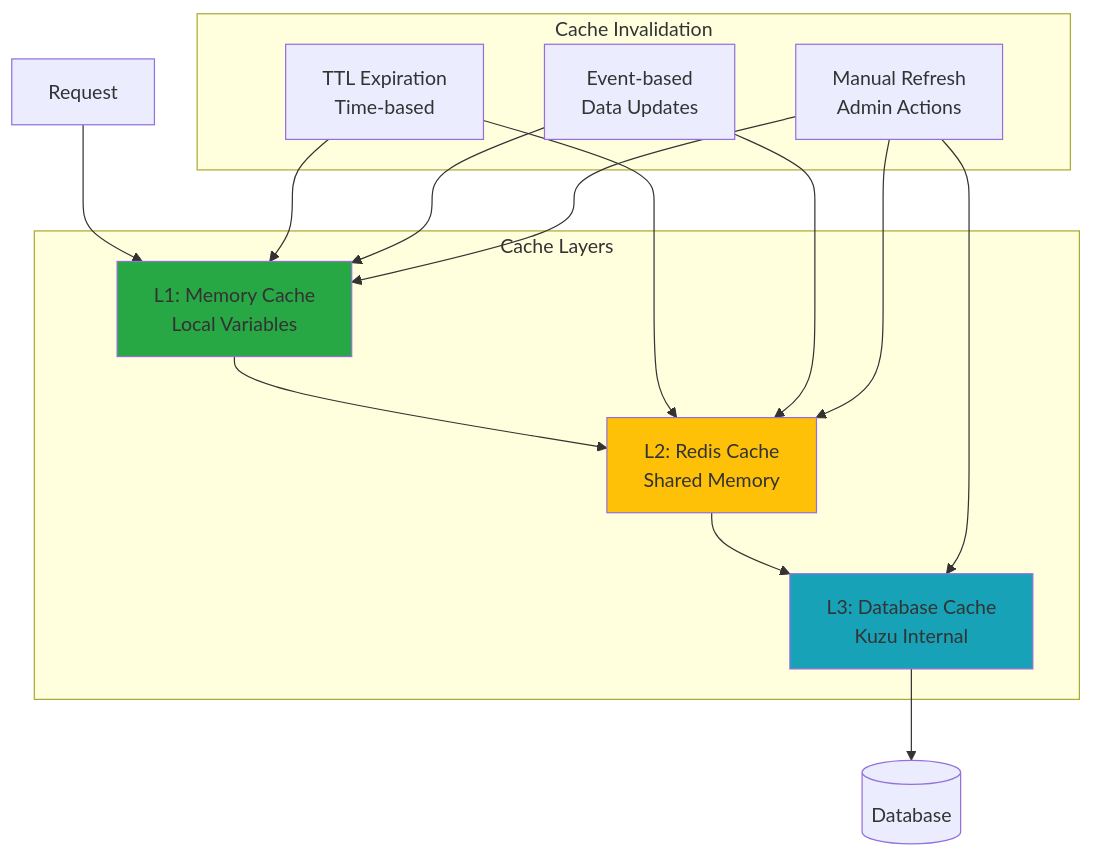
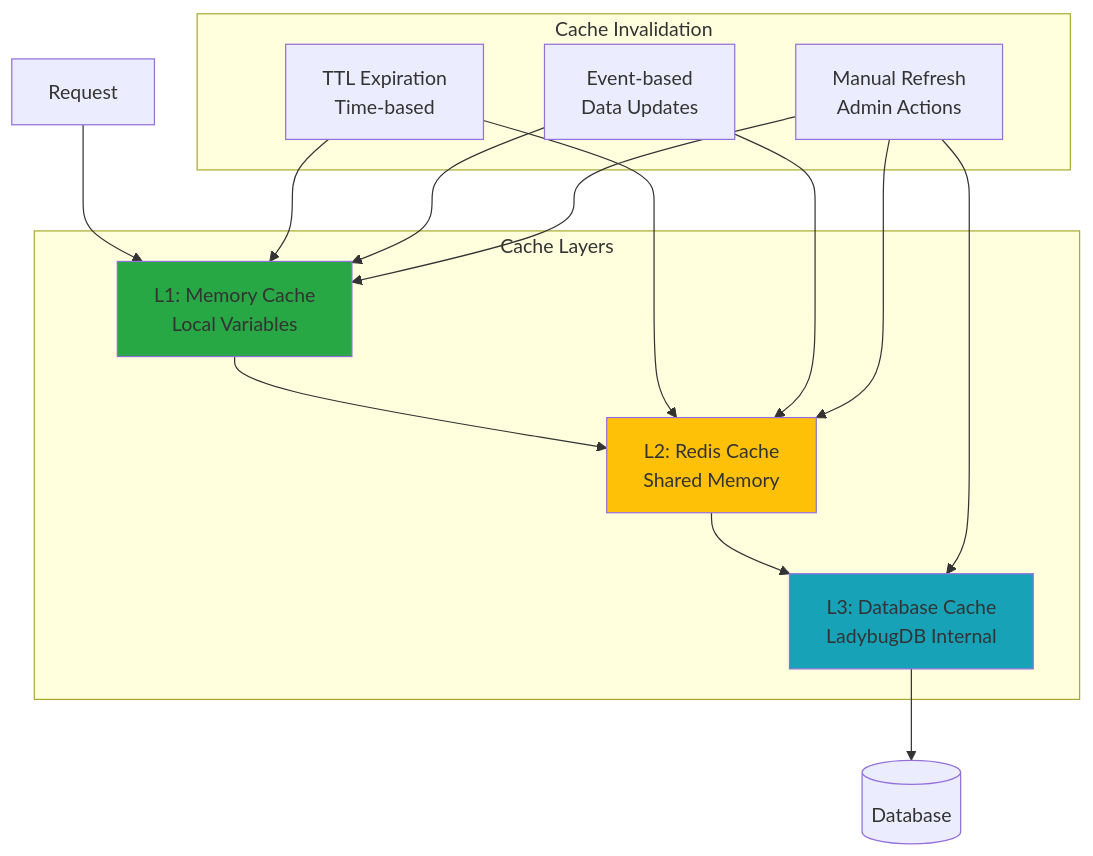
The ninth of 13 diagrams in docs/architecture/CODE_PATHS.md (elementalcollision/GraphMemory-IDE), drawn with Mermaid before and after one commit. The commit also changed other lines of this file and 120 other files, not shown here.

First line of the commit message:
Kuzu → LadybugDB migration (Phases 0–9 + follow-up) (#4)

````diff
--- a/docs/architecture/CODE_PATHS.md
+++ b/docs/architecture/CODE_PATHS.md
@@ -386,31 +386,31 @@
 ```mermaid
 graph TB
     subgraph "Cache Layers"
         L1[L1: Memory Cache<br/>Local Variables]
         L2[L2: Redis Cache<br/>Shared Memory]
-        L3[L3: Database Cache<br/>Kuzu Internal]
+        L3[L3: Database Cache<br/>LadybugDB Internal]
     end
     
     subgraph "Cache Invalidation"
         TTL[TTL Expiration<br/>Time-based]
         EVENT[Event-based<br/>Data Updates]
         MANUAL[Manual Refresh<br/>Admin Actions]
     end
     
     REQUEST[Request] --> L1
     L1 --> L2
     L2 --> L3
     L3 --> DATABASE[(Database)]
     
     TTL --> L1
     TTL --> L2
     EVENT --> L1
     EVENT --> L2
     MANUAL --> L1
     MANUAL --> L2
     MANUAL --> L3
     
     style L1 fill:#28a745
     style L2 fill:#ffc107
     style L3 fill:#17a2b8
 ```
````
